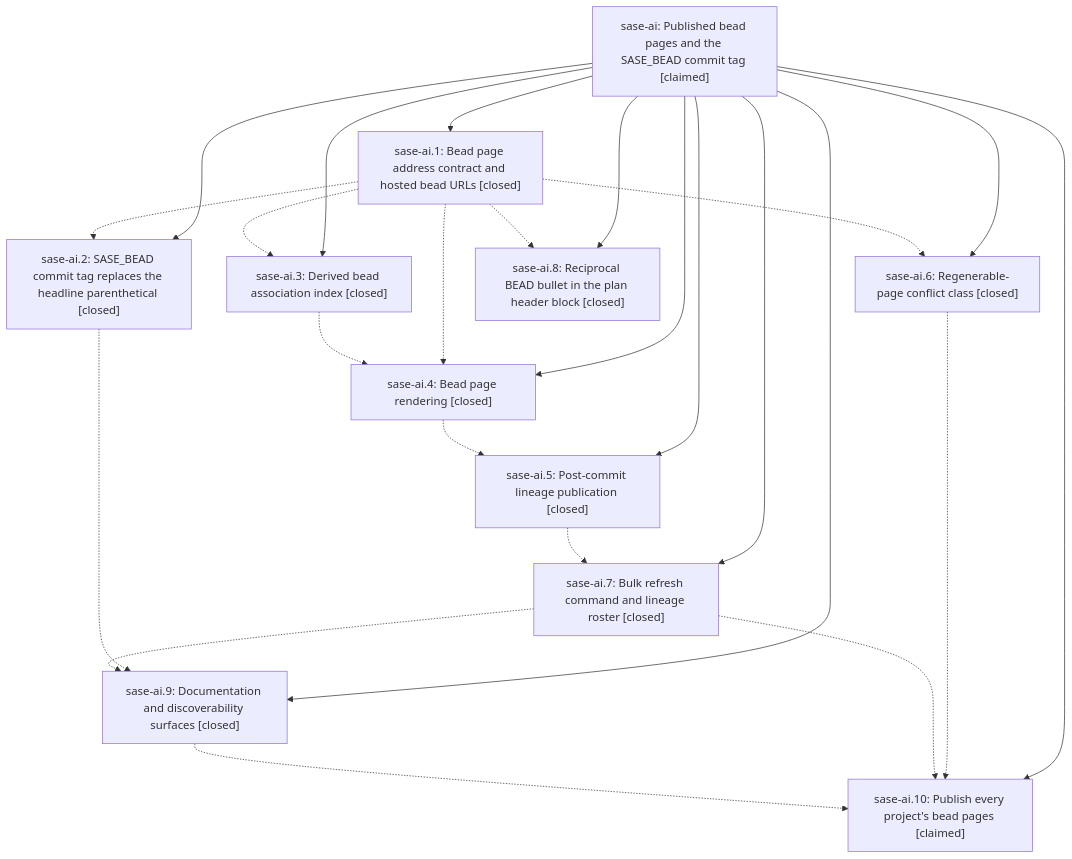
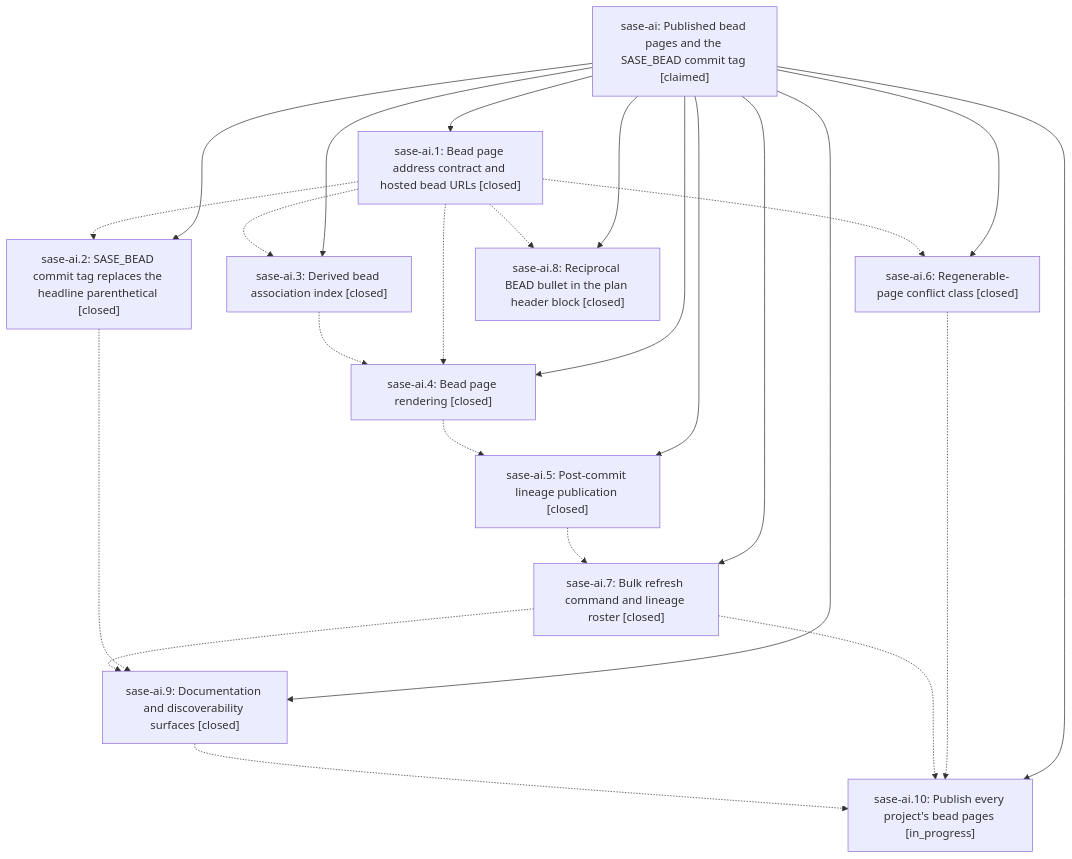
One commit to sase-org/sase--beads changed the diagram in pages/sase-ai/README.md. Above: the diagram before and after it, drawn with Mermaid. The commit also changed other lines of this file and 2232 other files, not shown here.

First line of the commit message:
Refresh bead pages

````diff
--- a/pages/sase-ai/README.md
+++ b/pages/sase-ai/README.md
@@ -31,37 +31,37 @@
 ```mermaid
 flowchart TD
     n0["sase-ai: Published bead pages and the SASE_BEAD commit tag [claimed]"]
     n1["sase-ai.1: Bead page address contract and hosted bead URLs [closed]"]
-    n2["sase-ai.10: Publish every project's bead pages [claimed]"]
+    n2["sase-ai.10: Publish every project's bead pages [in_progress]"]
     n3["sase-ai.2: SASE_BEAD commit tag replaces the headline parenthetical [closed]"]
     n4["sase-ai.3: Derived bead association index [closed]"]
     n5["sase-ai.4: Bead page rendering [closed]"]
     n6["sase-ai.5: Post-commit lineage publication [closed]"]
     n7["sase-ai.6: Regenerable-page conflict class [closed]"]
     n8["sase-ai.7: Bulk refresh command and lineage roster [closed]"]
     n9["sase-ai.8: Reciprocal BEAD bullet in the plan header block [closed]"]
     n10["sase-ai.9: Documentation and discoverability surfaces [closed]"]
     n0 --> n1
     n0 --> n2
     n0 --> n3
     n0 --> n4
     n0 --> n5
     n0 --> n6
     n0 --> n7
     n0 --> n8
     n0 --> n9
     n0 --> n10
     n1 -.-> n3
     n1 -.-> n4
     n1 -.-> n5
     n1 -.-> n7
     n1 -.-> n9
     n3 -.-> n10
     n4 -.-> n5
     n5 -.-> n6
     n6 -.-> n8
     n7 -.-> n2
     n8 -.-> n2
     n8 -.-> n10
     n10 -.-> n2
 ```
````
